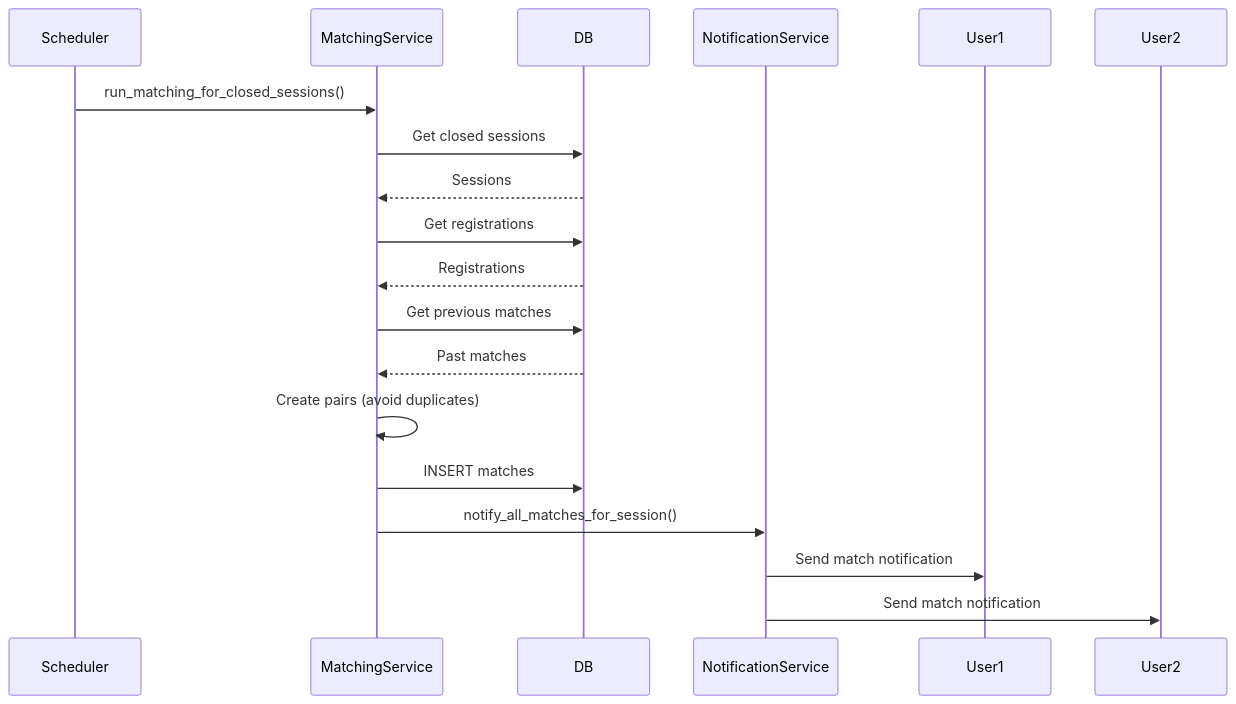
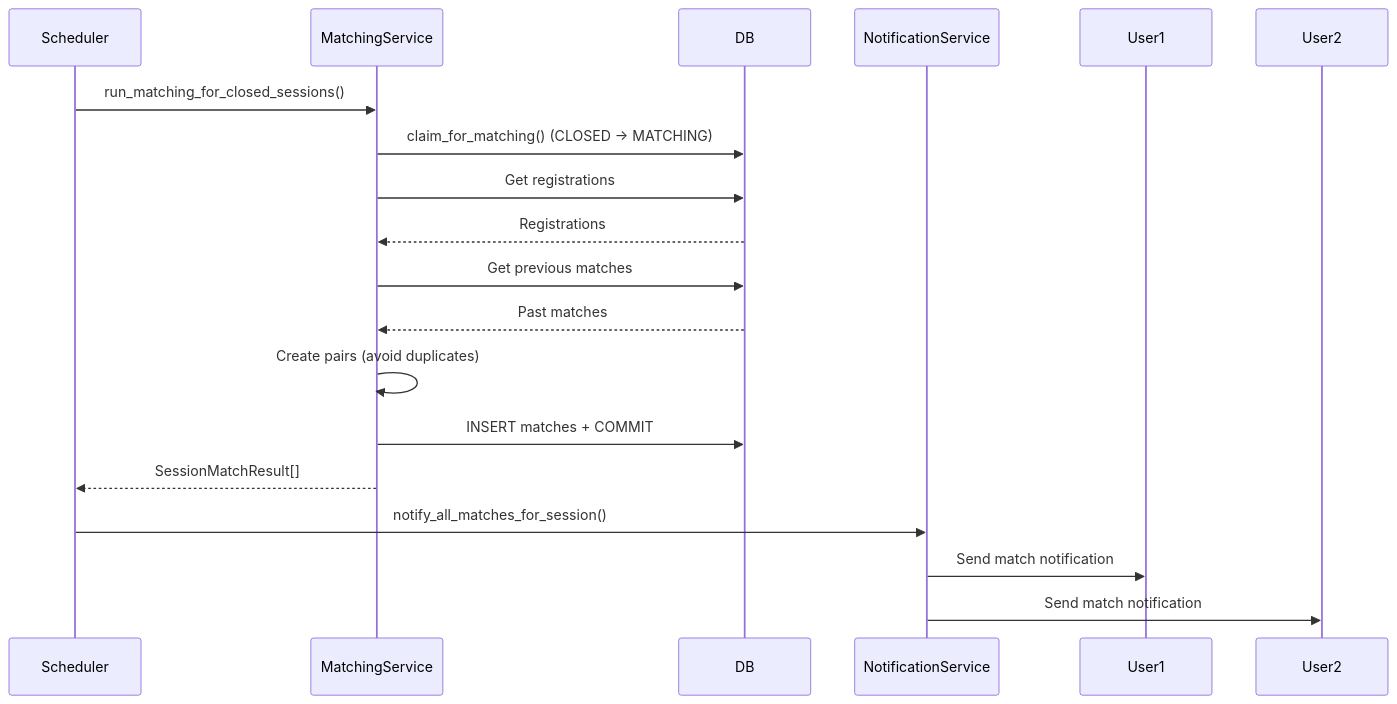
One commit to FrostWillmott/RandomCoffeeBot changed the second of 4 diagrams in ARCHITECTURE.md. Above: the diagram before and after it, drawn with Mermaid. The commit also changed other lines of this file, not shown here.

Commit message:
docs: update ARCHITECTURE.md for new patterns

````diff
--- a/ARCHITECTURE.md
+++ b/ARCHITECTURE.md
@@ -37,22 +37,22 @@
 ```mermaid
 sequenceDiagram
     participant Scheduler
     participant MatchingService
     participant DB
     participant NotificationService
     participant User1
     participant User2
 
     Scheduler->>MatchingService: run_matching_for_closed_sessions()
-    MatchingService->>DB: Get closed sessions
-    DB-->>MatchingService: Sessions
+    MatchingService->>DB: claim_for_matching() (CLOSED → MATCHING)
     MatchingService->>DB: Get registrations
     DB-->>MatchingService: Registrations
     MatchingService->>DB: Get previous matches
     DB-->>MatchingService: Past matches
     MatchingService->>MatchingService: Create pairs (avoid duplicates)
-    MatchingService->>DB: INSERT matches
-    MatchingService->>NotificationService: notify_all_matches_for_session()
+    MatchingService->>DB: INSERT matches + COMMIT
+    MatchingService-->>Scheduler: SessionMatchResult[]
+    Scheduler->>NotificationService: notify_all_matches_for_session()
     NotificationService->>User1: Send match notification
     NotificationService->>User2: Send match notification
 ```
````
